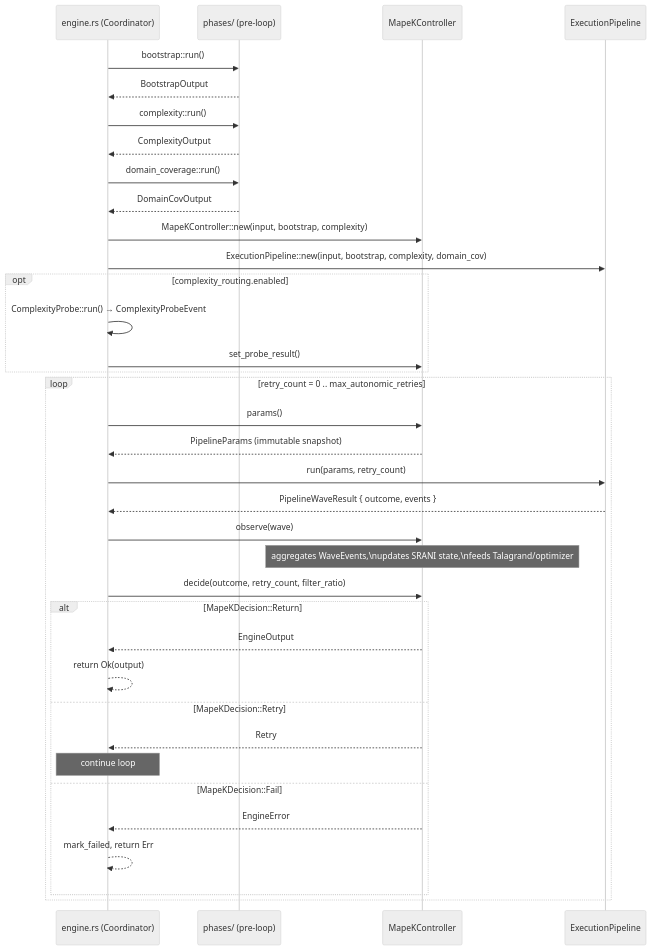
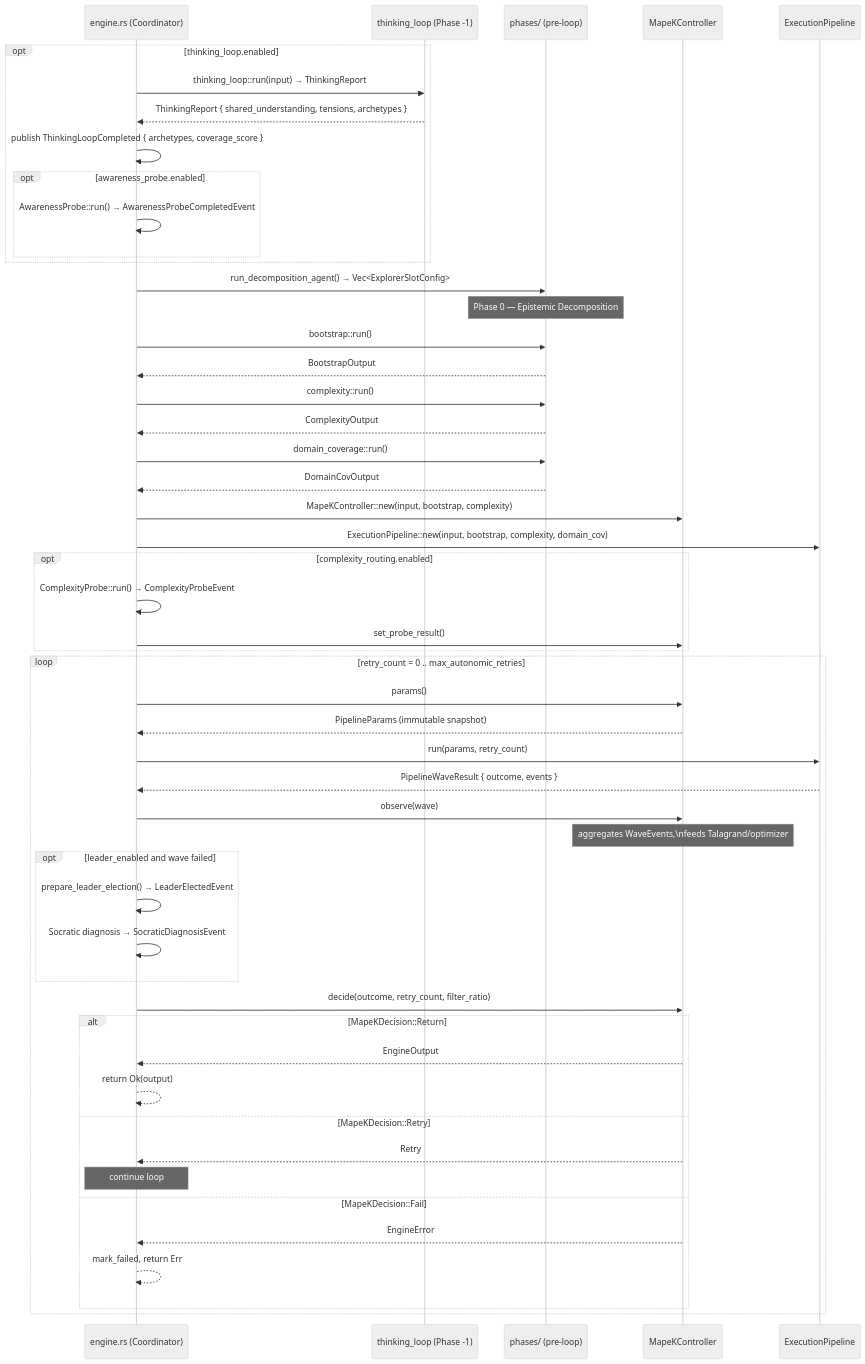
One commit to immediatus/h2ai-control-plane changed the seventh of 19 diagrams in docs/architecture/architecture.md. Above: the diagram before and after it, drawn with Mermaid (neutral theme). The commit also changed other lines of this file and 152 other files, not shown here.

````diff
--- a/docs/architecture/architecture.md
+++ b/docs/architecture/architecture.md
@@ -621,42 +636,59 @@
 ```mermaid
 sequenceDiagram
     participant E as engine.rs (Coordinator)
+    participant TL as thinking_loop (Phase -1)
     participant PH as phases/ (pre-loop)
     participant C as MapeKController
     participant P as ExecutionPipeline
+
+    opt thinking_loop.enabled
+        E->>TL: thinking_loop::run(input) → ThinkingReport
+        TL-->>E: ThinkingReport { shared_understanding, tensions, archetypes }
+        E->>E: publish ThinkingLoopCompleted { archetypes, coverage_score }
+        opt awareness_probe.enabled
+            E->>E: AwarenessProbe::run() → AwarenessProbeCompletedEvent
+        end
+    end
+
+    E->>PH: run_decomposition_agent() → Vec<ExplorerSlotConfig>
+    Note over PH: Phase 0 — Epistemic Decomposition
 
     E->>PH: bootstrap::run()
     PH-->>E: BootstrapOutput
     E->>PH: complexity::run()
     PH-->>E: ComplexityOutput
     E->>PH: domain_coverage::run()
     PH-->>E: DomainCovOutput
 
     E->>C: MapeKController::new(input, bootstrap, complexity)
     E->>P: ExecutionPipeline::new(input, bootstrap, complexity, domain_cov)
 
     opt complexity_routing.enabled
         E->>E: ComplexityProbe::run() → ComplexityProbeEvent
         E->>C: set_probe_result()
     end
 
     loop retry_count = 0 .. max_autonomic_retries
         E->>C: params()
         C-->>E: PipelineParams (immutable snapshot)
         E->>P: run(params, retry_count)
         P-->>E: PipelineWaveResult { outcome, events }
         E->>C: observe(wave)
-        Note over C: aggregates WaveEvents,\nupdates SRANI state,\nfeeds Talagrand/optimizer
+        Note over C: aggregates WaveEvents,\nfeeds Talagrand/optimizer
+        opt leader_enabled and wave failed
+            E->>E: prepare_leader_election() → LeaderElectedEvent
+            E->>E: Socratic diagnosis → SocraticDiagnosisEvent
+        end
         E->>C: decide(outcome, retry_count, filter_ratio)
         alt MapeKDecision::Return
             C-->>E: EngineOutput
             E-->>E: return Ok(output)
         else MapeKDecision::Retry
             C-->>E: Retry
             Note over E: continue loop
         else MapeKDecision::Fail
             C-->>E: EngineError
             E-->>E: mark_failed, return Err
         end
     end
 ```
````
